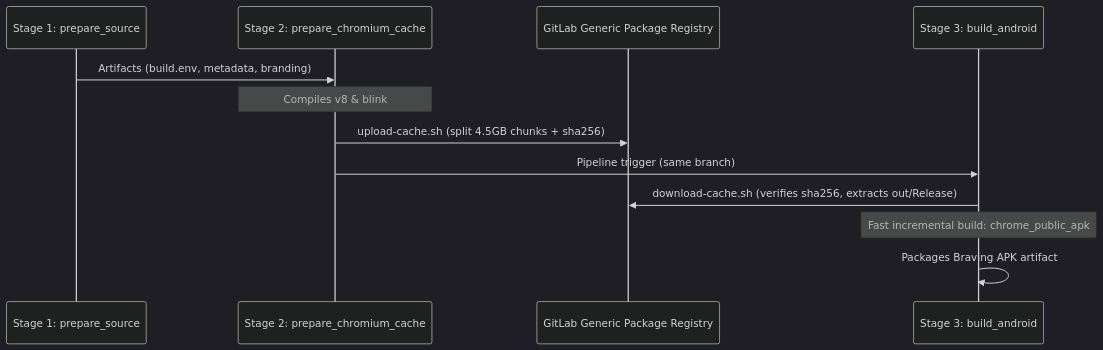
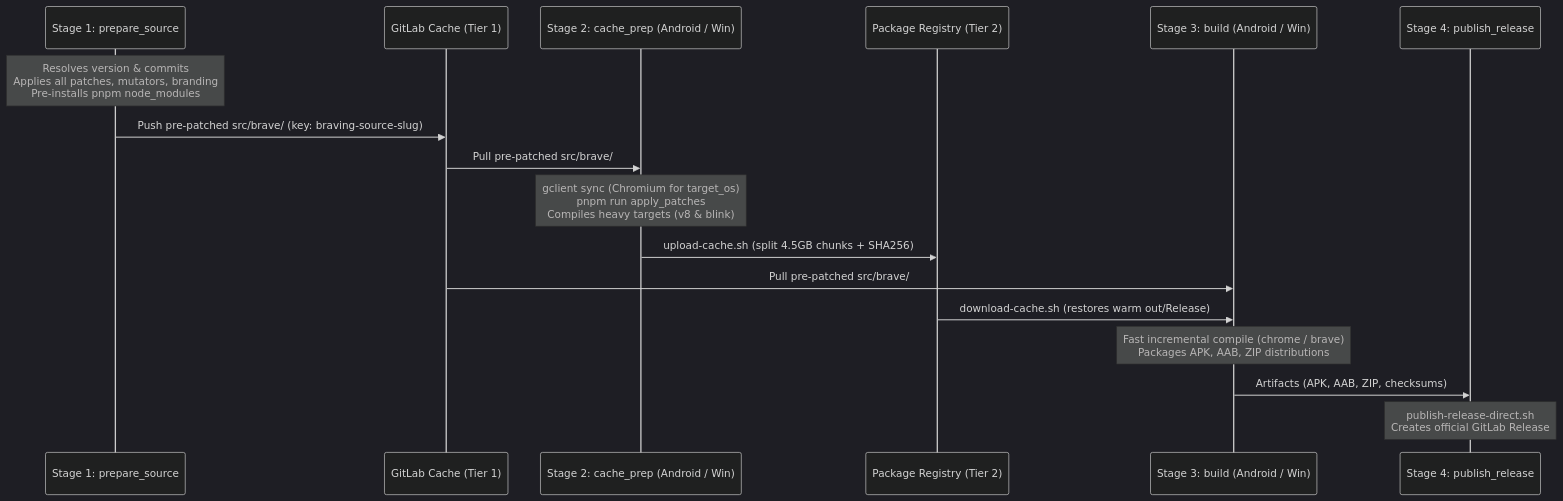
The second of 2 diagrams in .agents/skills/braving/SKILL.md (gajera1080/CeriumBrowser), drawn with Mermaid (dark theme) before and after one commit. The commit also changed other lines of this file and 12 other files, not shown here.

Commit message:
ci: streamline multi-platform source caching and windows build orchestration

````diff
--- a/.agents/skills/braving/SKILL.md
+++ b/.agents/skills/braving/SKILL.md
@@ -156,15 +202,23 @@
 ```mermaid
 sequenceDiagram
     participant S1 as Stage 1: prepare_source
-    participant S2 as Stage 2: prepare_chromium_cache
-    participant Reg as GitLab Generic Package Registry
-    participant S3 as Stage 3: build_android
+    participant GCache as GitLab Cache (Tier 1)
+    participant S2 as Stage 2: cache_prep (Android / Win)
+    participant Reg as Package Registry (Tier 2)
+    participant S3 as Stage 3: build (Android / Win)
+    participant S4 as Stage 4: publish_release
 
-    S1->>S2: Artifacts (build.env, metadata, branding)
-    Note over S2: Compiles v8 & blink
-    S2->>Reg: upload-cache.sh (split 4.5GB chunks + sha256)
-    S2->>S3: Pipeline trigger (same branch)
-    S3->>Reg: download-cache.sh (verifies sha256, extracts out/Release)
-    Note over S3: Fast incremental build: chrome_public_apk
-    S3->>S3: Packages Braving APK artifact
+    Note over S1: Resolves version & commits<br/>Applies all patches, mutators, branding<br/>Pre-installs pnpm node_modules
+    S1->>GCache: Push pre-patched src/brave/ (key: braving-source-slug)
+    
+    GCache->>S2: Pull pre-patched src/brave/
+    Note over S2: gclient sync (Chromium for target_os)<br/>pnpm run apply_patches<br/>Compiles heavy targets (v8 & blink)
+    S2->>Reg: upload-cache.sh (split 4.5GB chunks + SHA256)
+    
+    GCache->>S3: Pull pre-patched src/brave/
+    Reg->>S3: download-cache.sh (restores warm out/Release)
+    Note over S3: Fast incremental compile (chrome / brave)<br/>Packages APK, AAB, ZIP distributions
+    
+    S3->>S4: Artifacts (APK, AAB, ZIP, checksums)
+    Note over S4: publish-release-direct.sh<br/>Creates official GitLab Release
 ```
````
